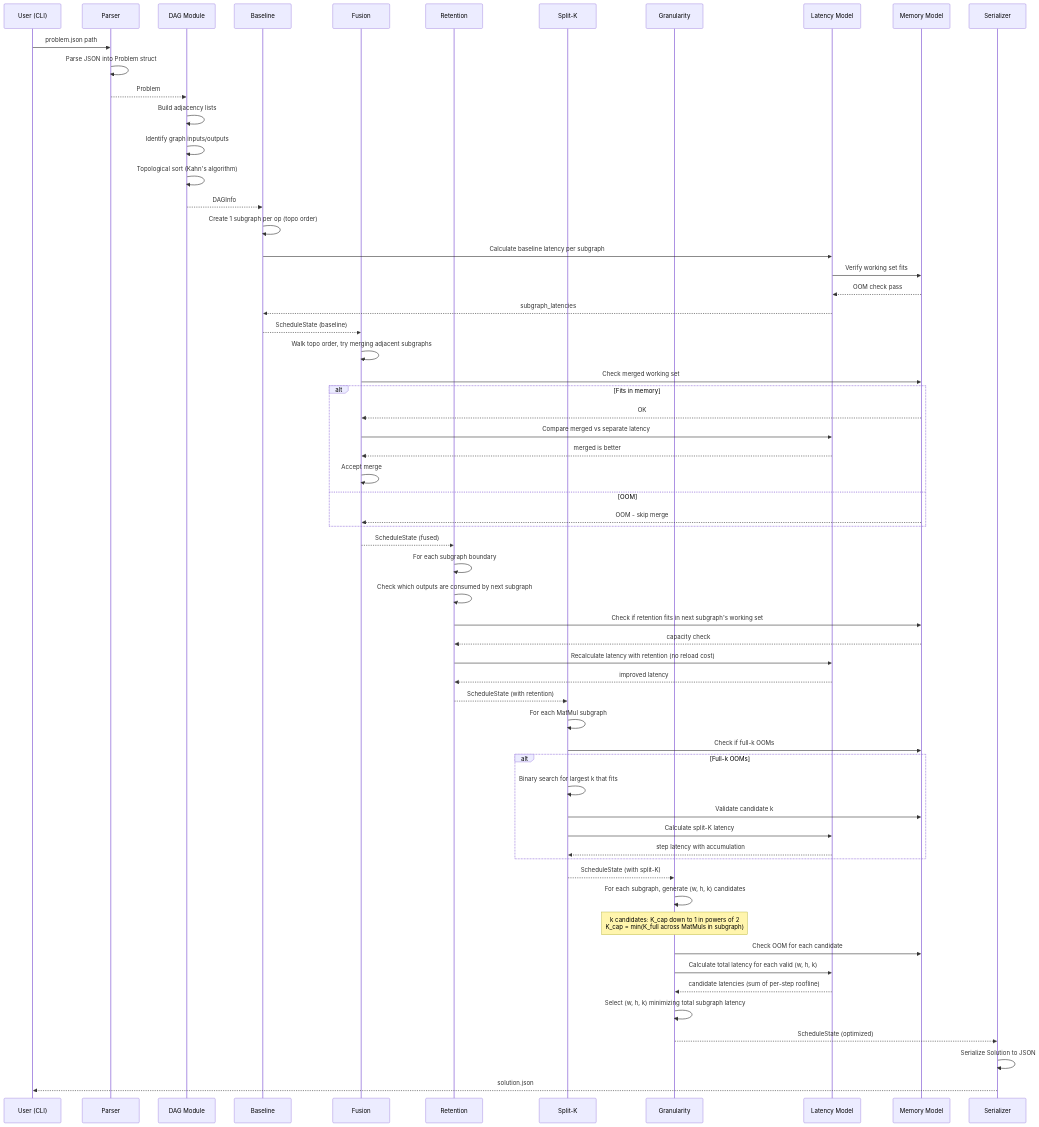
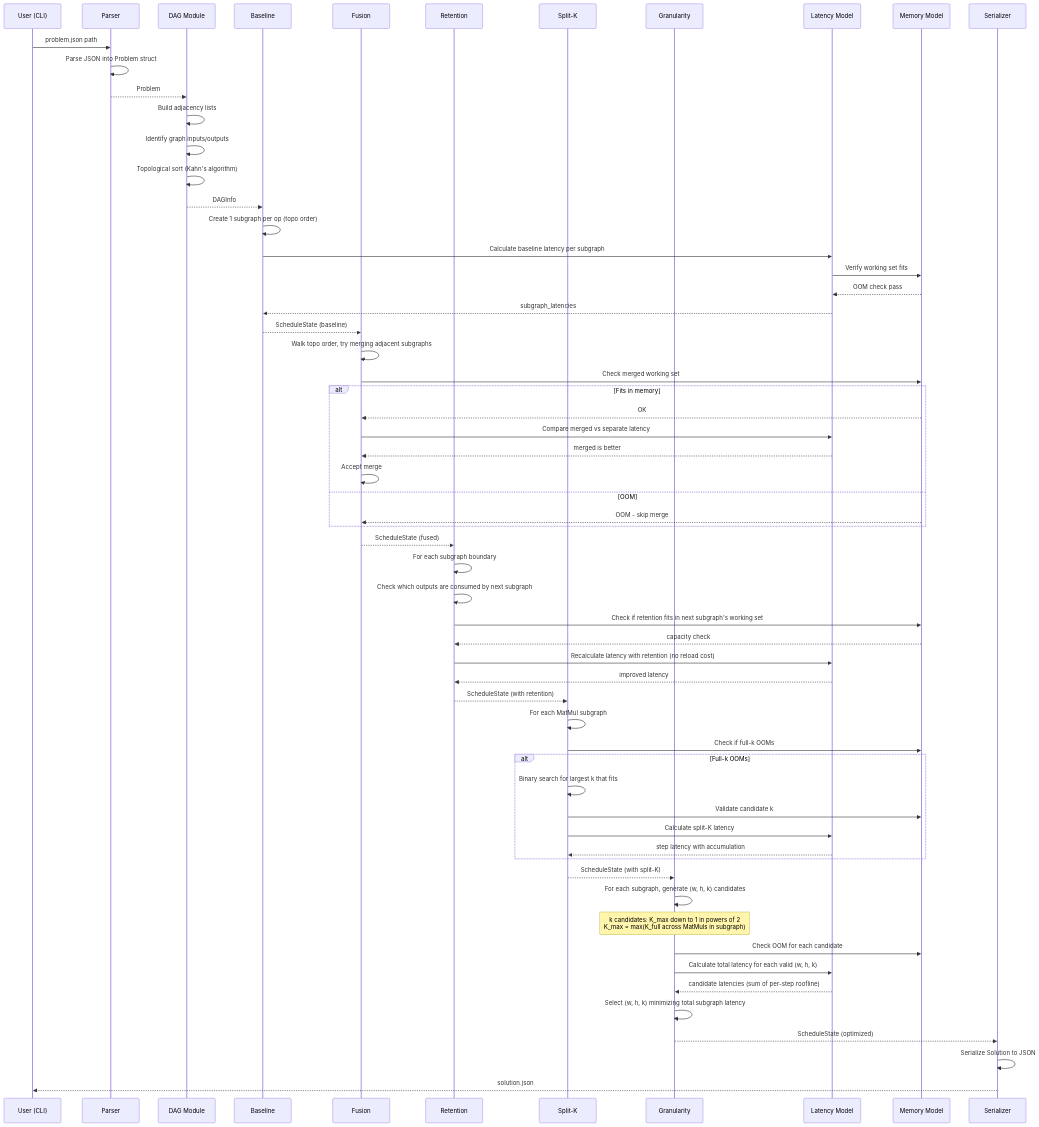
Before and after one commit to melroyanthony/MLSys: the first of 4 diagrams in solution/docs/architecture/data-flow.md, drawn with Mermaid. The commit also changed other lines of this file and 10 other files, not shown here.

````diff
--- a/solution/docs/architecture/data-flow.md
+++ b/solution/docs/architecture/data-flow.md
@@ -5,71 +5,71 @@
 ```mermaid
 sequenceDiagram
     participant U as User (CLI)
     participant P as Parser
     participant D as DAG Module
     participant B as Baseline
     participant F as Fusion
     participant R as Retention
     participant S as Split-K
     participant G as Granularity
     participant L as Latency Model
     participant M as Memory Model
     participant W as Serializer
 
     U->>P: problem.json path
     P->>P: Parse JSON into Problem struct
     P-->>D: Problem
 
     D->>D: Build adjacency lists
     D->>D: Identify graph inputs/outputs
     D->>D: Topological sort (Kahn's algorithm)
     D-->>B: DAGInfo
 
     B->>B: Create 1 subgraph per op (topo order)
     B->>L: Calculate baseline latency per subgraph
     L->>M: Verify working set fits
     M-->>L: OOM check pass
     L-->>B: subgraph_latencies
     B-->>F: ScheduleState (baseline)
 
     F->>F: Walk topo order, try merging adjacent subgraphs
     F->>M: Check merged working set
     alt Fits in memory
         M-->>F: OK
         F->>L: Compare merged vs separate latency
         L-->>F: merged is better
         F->>F: Accept merge
     else OOM
         M-->>F: OOM - skip merge
     end
     F-->>R: ScheduleState (fused)
 
     R->>R: For each subgraph boundary
     R->>R: Check which outputs are consumed by next subgraph
     R->>M: Check if retention fits in next subgraph's working set
     M-->>R: capacity check
     R->>L: Recalculate latency with retention (no reload cost)
     L-->>R: improved latency
     R-->>S: ScheduleState (with retention)
 
     S->>S: For each MatMul subgraph
     S->>M: Check if full-k OOMs
     alt Full-k OOMs
         S->>S: Binary search for largest k that fits
         S->>M: Validate candidate k
         S->>L: Calculate split-K latency
         L-->>S: step latency with accumulation
     end
     S-->>G: ScheduleState (with split-K)
 
     G->>G: For each subgraph, generate (w, h, k) candidates
-    Note over G: k candidates: K_cap down to 1 in powers of 2<br/>K_cap = min(K_full across MatMuls in subgraph)
+    Note over G: k candidates: K_max down to 1 in powers of 2<br/>K_max = max(K_full across MatMuls in subgraph)
     G->>M: Check OOM for each candidate
     G->>L: Calculate total latency for each valid (w, h, k)
     L-->>G: candidate latencies (sum of per-step roofline)
     G->>G: Select (w, h, k) minimizing total subgraph latency
     G-->>W: ScheduleState (optimized)
 
     W->>W: Serialize Solution to JSON
     W-->>U: solution.json
 ```
````
